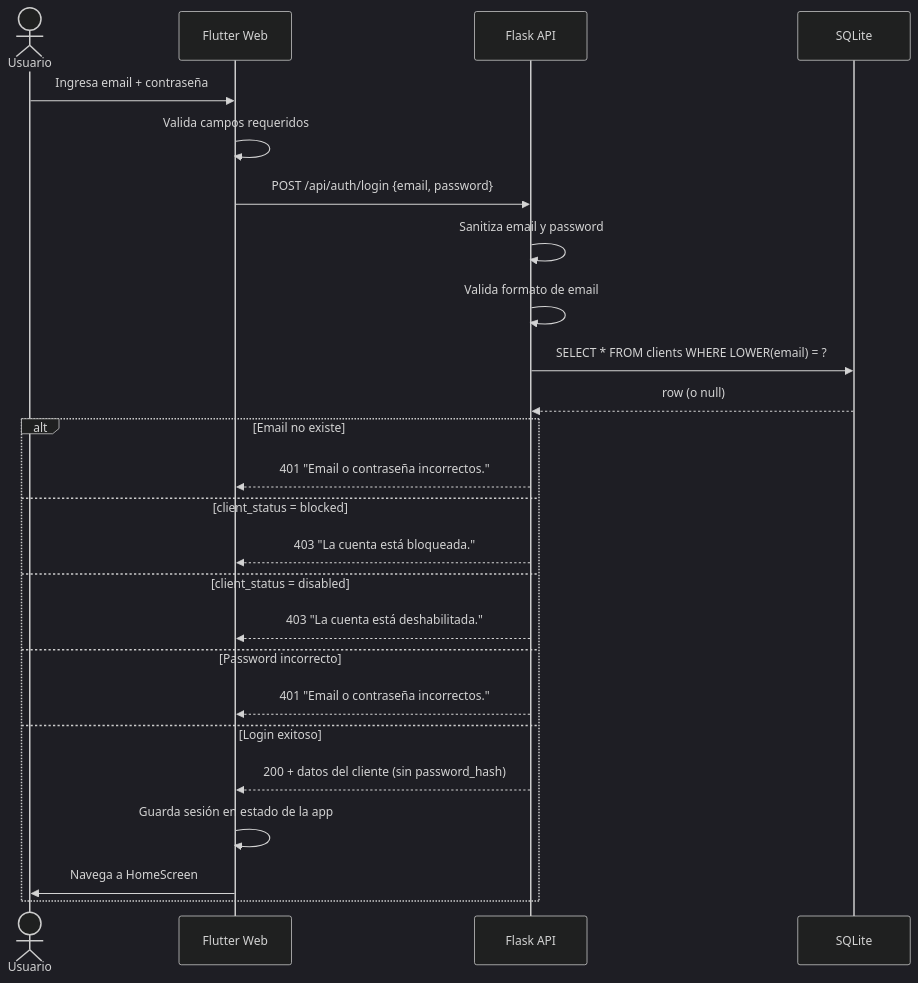
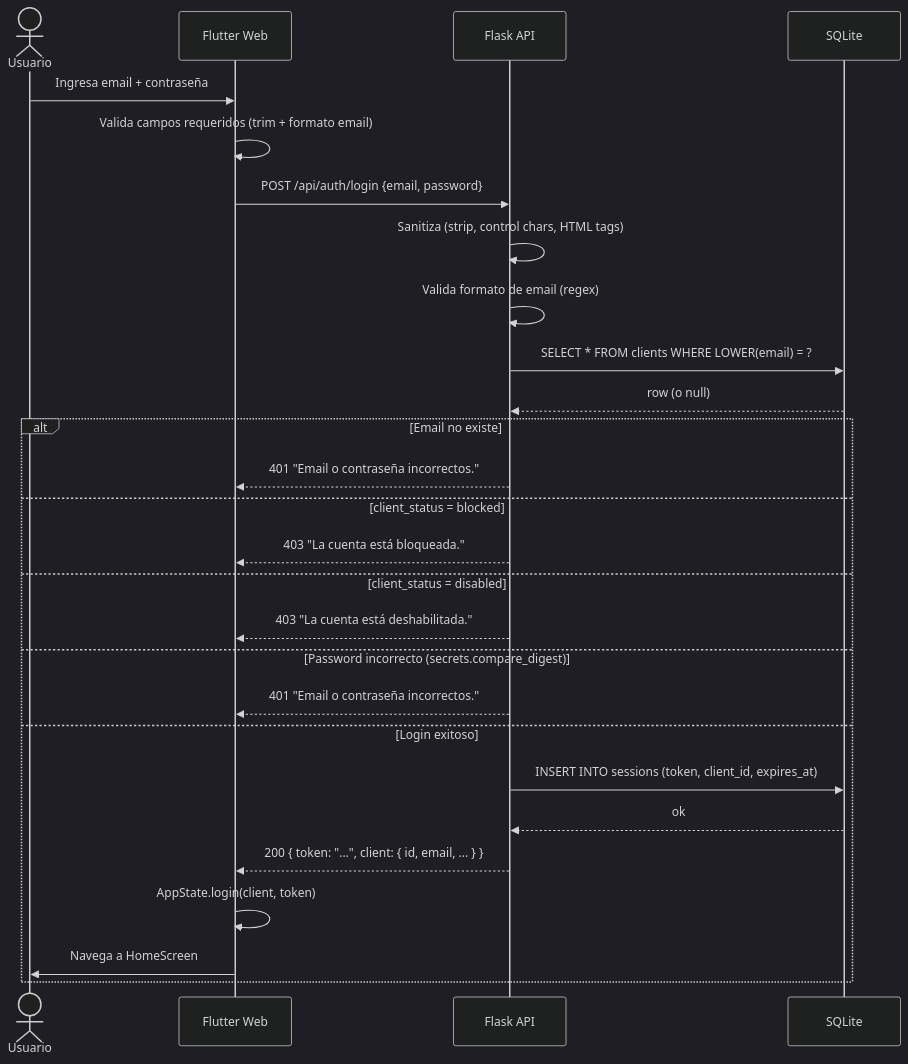
Before and after one commit to danielmunozus/tds-sentinel-mvp: the first of 6 diagrams in docs/flows/risk-evaluation-flow.md, drawn with Mermaid (dark theme). The commit also changed other lines of this file and 18 other files, not shown here.

````diff
--- a/docs/flows/risk-evaluation-flow.md
+++ b/docs/flows/risk-evaluation-flow.md
@@ -7,30 +7,32 @@
 ```mermaid
 sequenceDiagram
     actor U as Usuario
     participant F as Flutter Web
     participant A as Flask API
     participant D as SQLite
 
     U->>F: Ingresa email + contraseña
-    F->>F: Valida campos requeridos
+    F->>F: Valida campos requeridos (trim + formato email)
     F->>A: POST /api/auth/login {email, password}
 
-    A->>A: Sanitiza email y password
-    A->>A: Valida formato de email
+    A->>A: Sanitiza (strip, control chars, HTML tags)
+    A->>A: Valida formato de email (regex)
     A->>D: SELECT * FROM clients WHERE LOWER(email) = ?
     D-->>A: row (o null)
 
     alt Email no existe
         A-->>F: 401 "Email o contraseña incorrectos."
     else client_status = blocked
         A-->>F: 403 "La cuenta está bloqueada."
     else client_status = disabled
         A-->>F: 403 "La cuenta está deshabilitada."
-    else Password incorrecto
+    else Password incorrecto (secrets.compare_digest)
         A-->>F: 401 "Email o contraseña incorrectos."
     else Login exitoso
-        A-->>F: 200 + datos del cliente (sin password_hash)
-        F->>F: Guarda sesión en estado de la app
+        A->>D: INSERT INTO sessions (token, client_id, expires_at)
+        D-->>A: ok
+        A-->>F: 200 { token: "...", client: { id, email, ... } }
+        F->>F: AppState.login(client, token)
         F->>U: Navega a HomeScreen
     end
 ```
````
